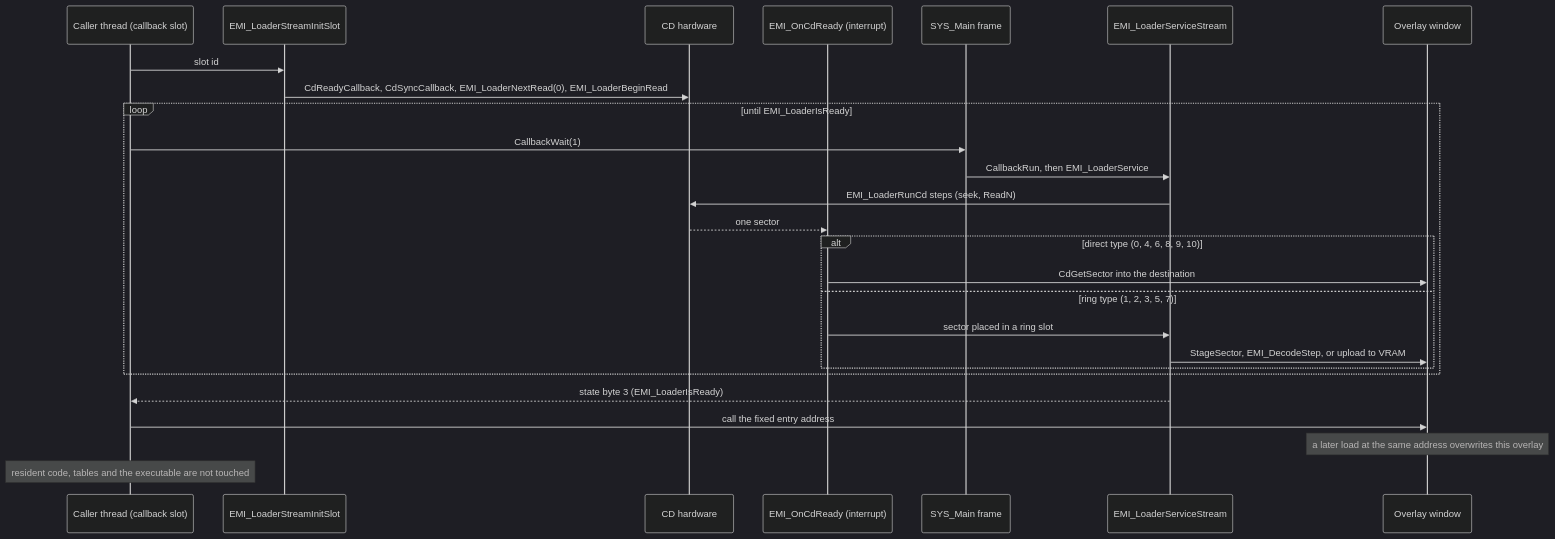
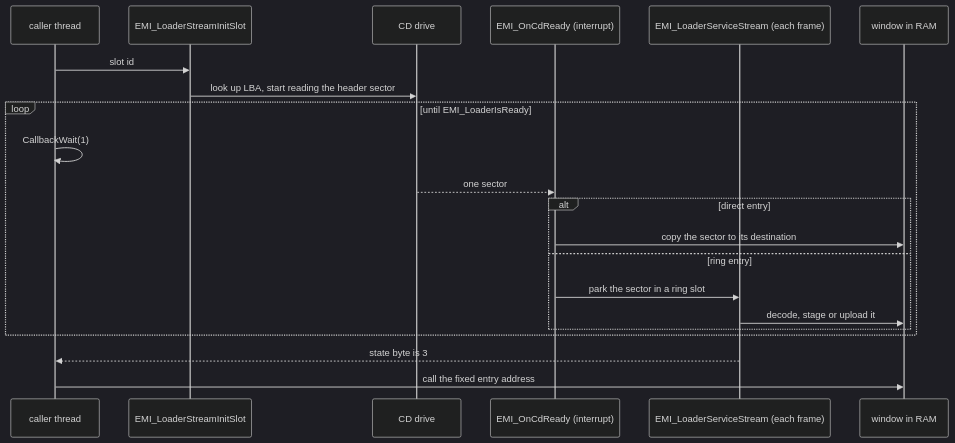
The diagram in src/game/architecture/loading.md (kerokline/bof3-wiki), drawn with Mermaid (dark theme) before and after one commit. The commit also changed other lines of this file, not shown here.

Commit message:
docs(wiki): lead loading with the request flow and a worked example

````diff
--- a/src/game/architecture/loading.md
+++ b/src/game/architecture/loading.md
@@ -125,29 +17,24 @@
 ```mermaid
 sequenceDiagram
-    participant Caller as Caller thread (callback slot)
+    participant Caller as caller thread
     participant Init as EMI_LoaderStreamInitSlot
-    participant Cd as CD hardware
+    participant Cd as CD drive
     participant Rdy as EMI_OnCdReady (interrupt)
-    participant Main as SYS_Main frame
-    participant Svc as EMI_LoaderServiceStream
-    participant Ram as Overlay window
+    participant Svc as EMI_LoaderServiceStream (each frame)
+    participant Ram as window in RAM
 
     Caller->>Init: slot id
-    Init->>Cd: CdReadyCallback, CdSyncCallback, EMI_LoaderNextRead(0), EMI_LoaderBeginRead
+    Init->>Cd: look up LBA, start reading the header sector
     loop until EMI_LoaderIsReady
-        Caller->>Main: CallbackWait(1)
-        Main->>Svc: CallbackRun, then EMI_LoaderService
-        Svc->>Cd: EMI_LoaderRunCd steps (seek, ReadN)
+        Caller->>Caller: CallbackWait(1)
         Cd-->>Rdy: one sector
-        alt direct type (0, 4, 6, 8, 9, 10)
-            Rdy->>Ram: CdGetSector into the destination
-        else ring type (1, 2, 3, 5, 7)
-            Rdy->>Svc: sector placed in a ring slot
-            Svc->>Ram: StageSector, EMI_DecodeStep, or upload to VRAM
+        alt direct entry
+            Rdy->>Ram: copy the sector to its destination
+        else ring entry
+            Rdy->>Svc: park the sector in a ring slot
+            Svc->>Ram: decode, stage or upload it
         end
     end
-    Svc-->>Caller: state byte 3 (EMI_LoaderIsReady)
+    Svc-->>Caller: state byte is 3
     Caller->>Ram: call the fixed entry address
-    Note over Ram: a later load at the same address overwrites this overlay
-    Note over Caller: resident code, tables and the executable are not touched
 ```
````
